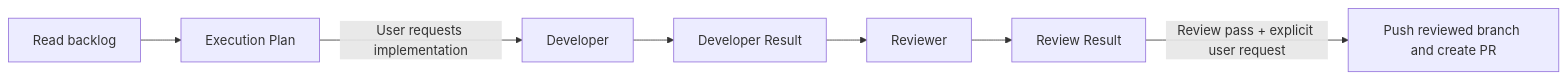
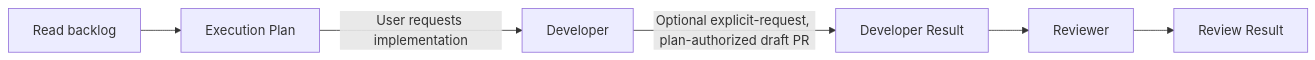
Before and after one commit to lfarci/loganfarci.com: the diagram in docs/agents/simple-delivery.md, drawn with Mermaid. The commit also changed other lines of this file and 3 other files, not shown here.

````diff
--- a/docs/agents/simple-delivery.md
+++ b/docs/agents/simple-delivery.md
@@ -32,9 +32,8 @@
 ```mermaid
 flowchart LR
     B[Read backlog] --> P[Execution Plan]
     P -->|User requests implementation| D[Developer]
-    D --> R[Developer Result]
+    D -->|Optional explicit-request, plan-authorized draft PR| R[Developer Result]
     R --> V[Reviewer]
     V --> O[Review Result]
-    O -->|Review pass + explicit user request| G[Push reviewed branch and create PR]
 ```
````
